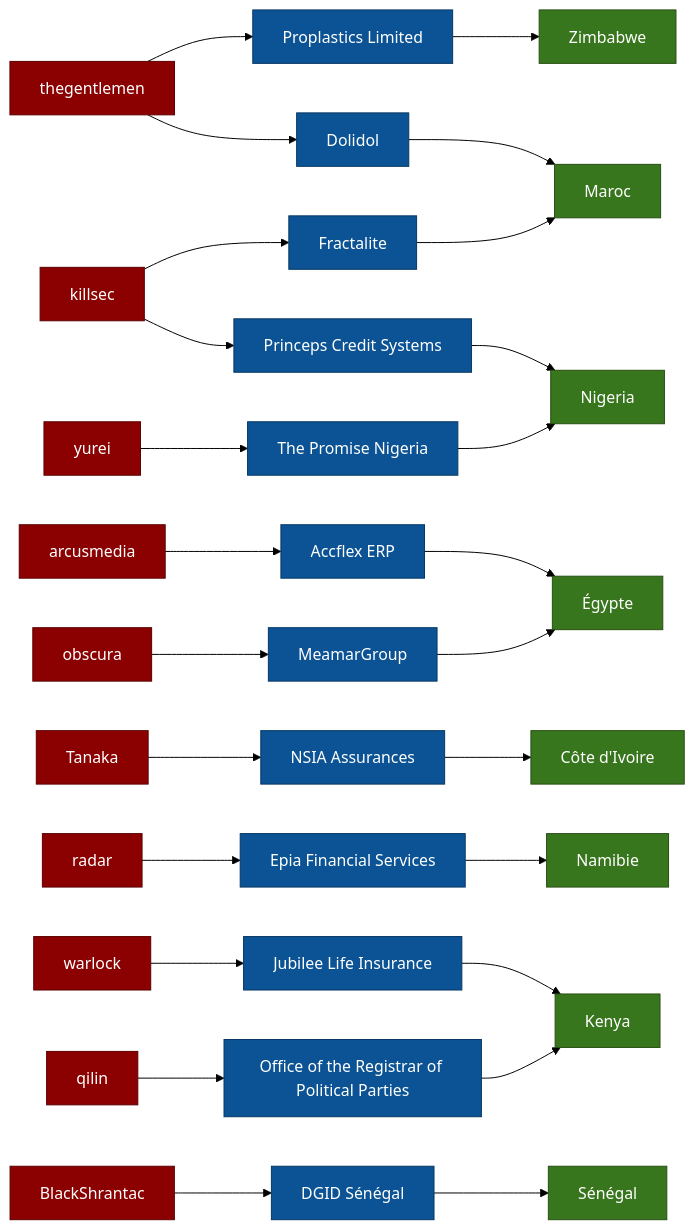
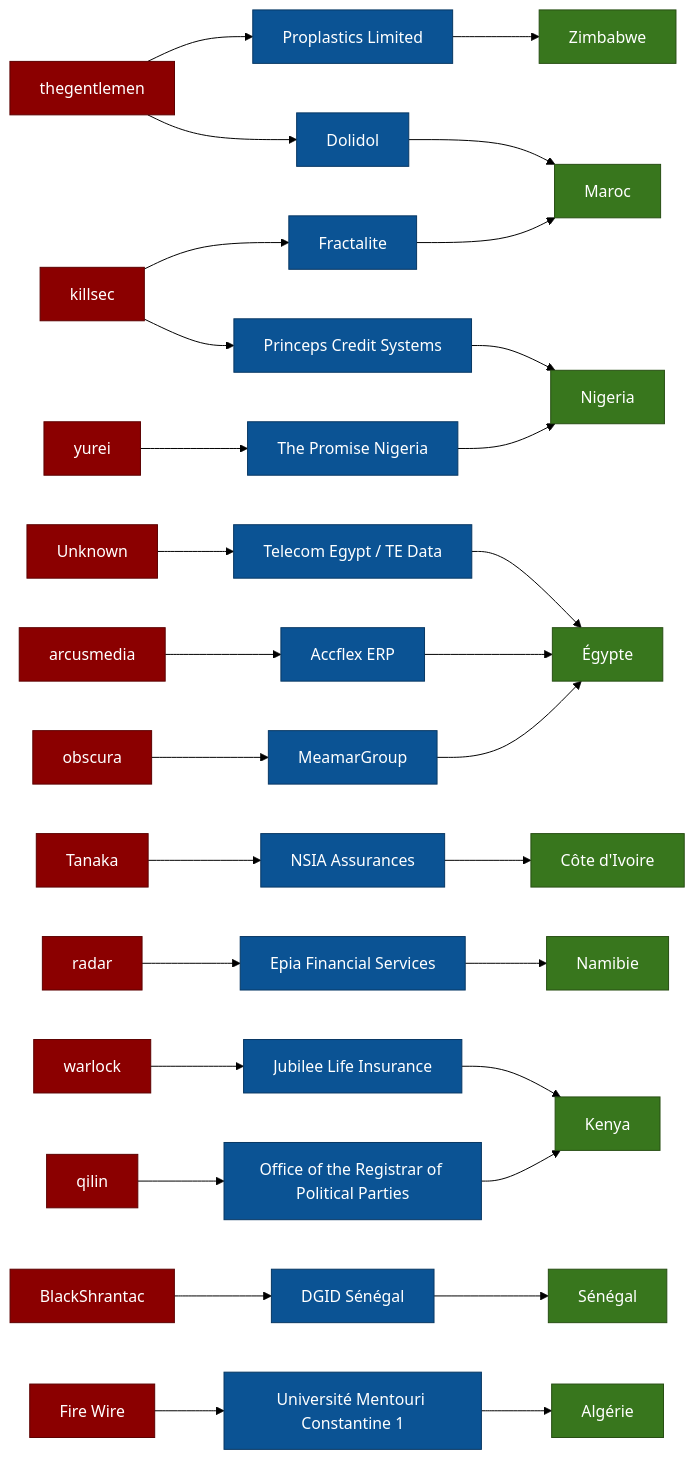
Before and after one commit to Hatchepsoute/AFRINTEL: the third of 3 diagrams in CyberAttackAfrica/2025/09-september/README.md, drawn with Mermaid (forest theme). The commit also changed other lines of this file and 255 other files, not shown here.

````diff
--- a/CyberAttackAfrica/2025/09-september/README.md
+++ b/CyberAttackAfrica/2025/09-september/README.md
@@ -140,47 +170,53 @@
 ```mermaid
 graph LR
 
 A1[thegentlemen] --> V1[Dolidol]
 V1 --> P1[Maroc]
 
 A1 --> V2[Proplastics Limited]
 V2 --> P2[Zimbabwe]
 
 A2[killsec] --> V3[Princeps Credit Systems]
 V3 --> P3[Nigeria]
 
 A2 --> V4[Fractalite]
 V4 --> P1
 
 A3[obscura] --> V5[MeamarGroup]
 V5 --> P4[Égypte]
 
 A4[Tanaka] --> V6[NSIA Assurances]
 V6 --> P5[Côte d'Ivoire]
 
 A5[yurei] --> V7[The Promise Nigeria]
 V7 --> P3
 
 A6[radar] --> V8[Epia Financial Services]
 V8 --> P6[Namibie]
 
 A7[qilin] --> V9[Office of the Registrar of Political Parties]
 V9 --> P7[Kenya]
 
 A8[warlock] --> V10[Jubilee Life Insurance]
 V10 --> P7
 
 A9[arcusmedia] --> V11[Accflex ERP]
 V11 --> P4
 
 A10[BlackShrantac] --> V12[DGID Sénégal]
 V12 --> P8[Sénégal]
 
+A11[Unknown] --> V13[Telecom Egypt / TE Data]
+V13 --> P4
+
+A12[Fire Wire] --> V14[Université Mentouri Constantine 1]
+V14 --> P9[Algérie]
+
 classDef actor fill:#8b0000,color:#fff,stroke:#5c0000,stroke-width:1px;
 classDef victim fill:#0b5394,color:#fff,stroke:#073763,stroke-width:1px;
 classDef country fill:#38761d,color:#fff,stroke:#274e13,stroke-width:1px;
 
-class A1,A2,A3,A4,A5,A6,A7,A8,A9,A10 actor;
-class V1,V2,V3,V4,V5,V6,V7,V8,V9,V10,V11,V12 victim;
-class P1,P2,P3,P4,P5,P6,P7,P8 country;
+class A1,A2,A3,A4,A5,A6,A7,A8,A9,A10,A11,A12 actor;
+class V1,V2,V3,V4,V5,V6,V7,V8,V9,V10,V11,V12,V13,V14 victim;
+class P1,P2,P3,P4,P5,P6,P7,P8,P9 country;
 ```
````
